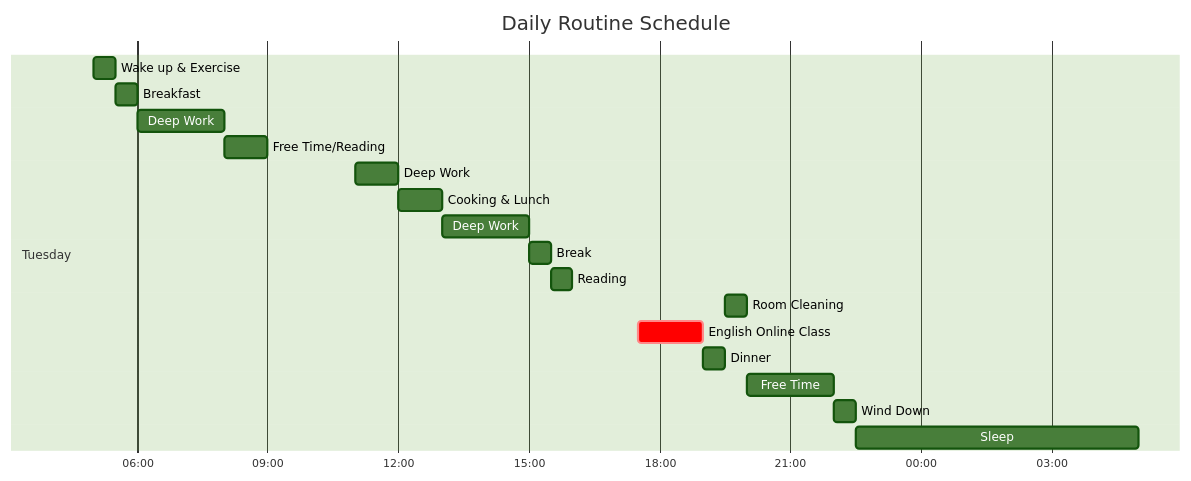
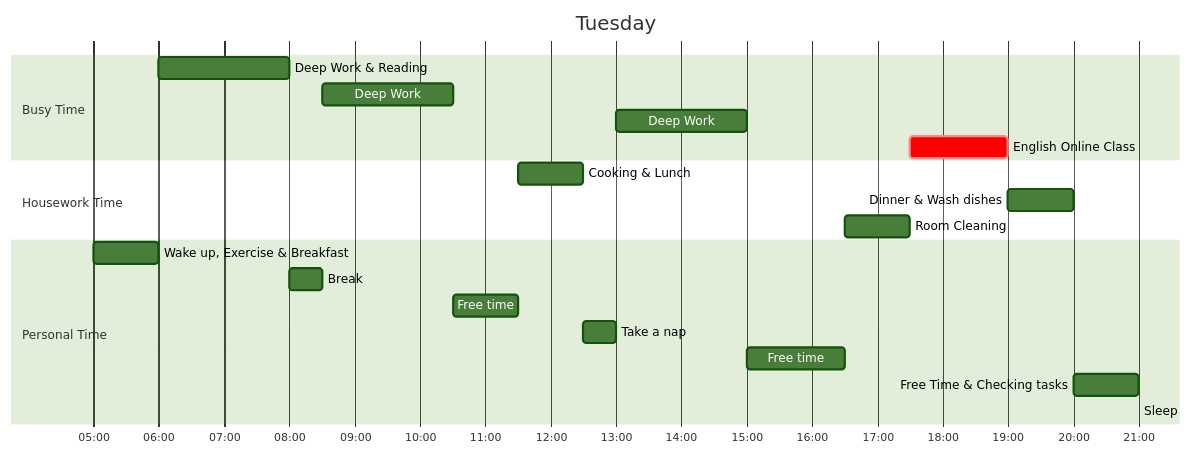
One commit to S-ROLL/notebook.maths changed the second of 4 diagrams in balance/README.md. Above: the diagram before and after it, drawn with Mermaid (forest theme). The commit also changed other lines of this file, not shown here.

````diff
--- a/balance/README.md
+++ b/balance/README.md
@@ -27,23 +27,26 @@
 ```mermaid
 gantt
-    title Daily Routine Schedule
+    title Tuesday
     dateFormat  HH:mm
     axisFormat  %H:%M
     
-    section Tuesday
-    Wake up & Exercise       :05:00, 0.5h
-    Breakfast                :05:30, 0.5h
-    Deep Work             :06:00, 2h
-    Free Time/Reading        :08:00, 1h
-    Deep Work             :11:00, 1h
-    Cooking & Lunch          :12:00, 1h
+    section Busy Time
+    Deep Work & Reading            :06:00, 2h
+    Deep Work             :08:30, 2h
     Deep Work             :13:00, 2h
-    Break                    :15:00, 0.5h
-    Reading                  :15:30, 0.5h
-    Room Cleaning            :19:30, 0.5h
     English Online Class     : crit, 17:30, 1.5h
-    Dinner                   :19:00, 0.5h
-    Free Time                :20:00, 2h
-    Wind Down                :22:00, 0.5h
-    Sleep                    :22:30, 6.5h
+
+    section Housework Time
+    Cooking & Lunch      :11:30, 1h
+    Dinner & Wash dishes :19:00, 1h
+    Room Cleaning            :16:30, 1h
+
+    section Personal Time
+    Wake up, Exercise & Breakfast :05:00, 1h
+    Break                    :08:00, 0.5h
+    Free time                :10:30, 1h
+    Take a nap               :12:30, 0.5h
+    Free time                :15:00, 1.5h
+    Free Time & Checking tasks                :20:00, 1h
+    Sleep                    :21:00
 ```
````
